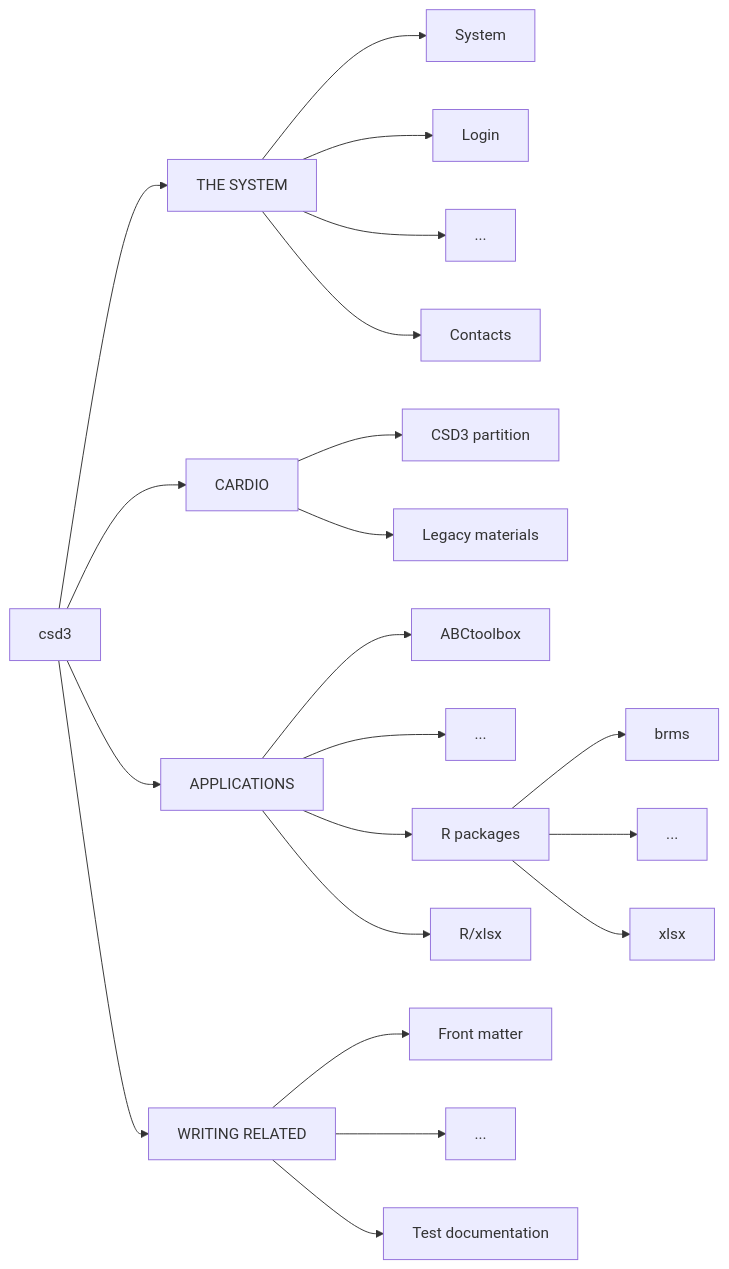
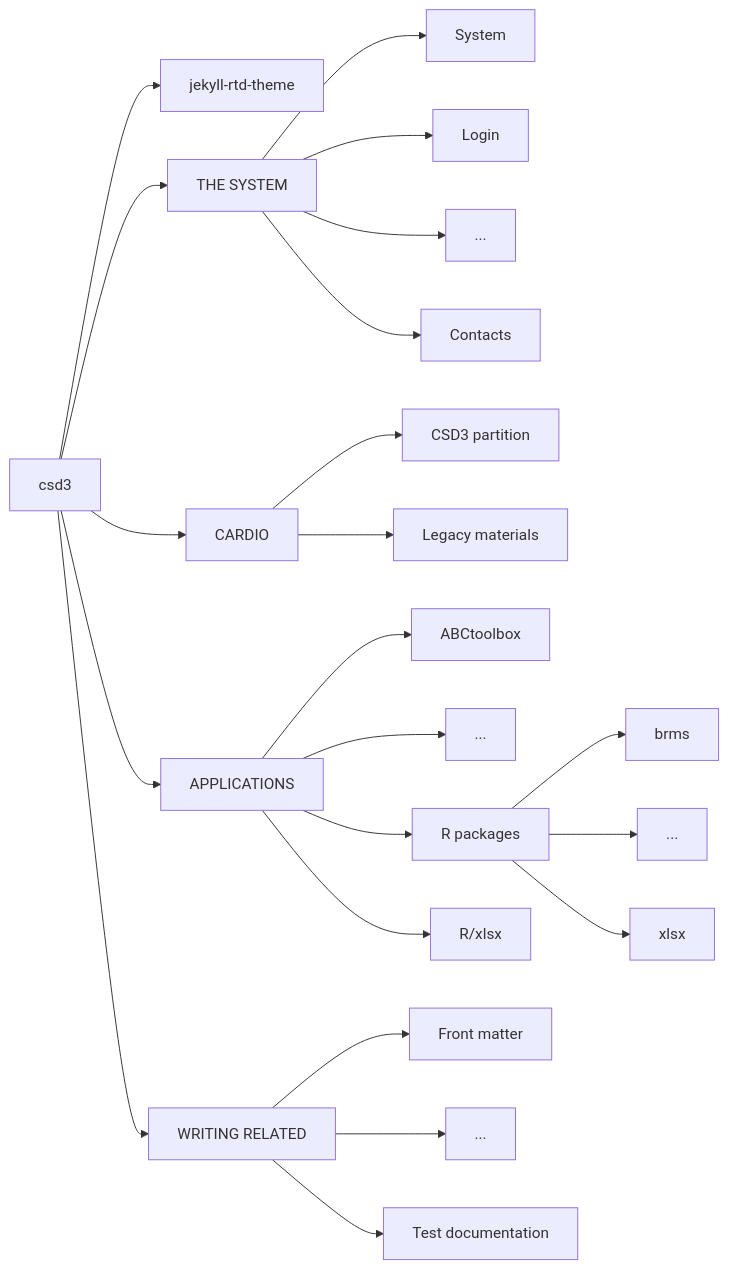
One commit to cambridge-ceu/csd3 changed the diagram in README.md. Above: the diagram before and after it, drawn with Mermaid.

Commit message:
README.md

````diff
--- a/README.md
+++ b/README.md
@@ -10,23 +10,24 @@
 ```mermaid
 graph LR;
+csd3 --> jekyll-rtd-theme
 csd3 --> system["THE SYSTEM"]
 csd3 --> cardio["CARDIO"]
 csd3 --> applications["APPLICATIONS"]
 csd3 --> wr["WRITING RELATED"]
 system --> System
 system --> Login
 system --> sysdot["..."]
 system --> Contacts
 cardio --> cp["CSD3 partition"]
 cardio --> lm["Legacy materials"]
 applications --> ABCtoolbox
 applications --> appdot["..."]
 applications --> R["R packages"]
 R --> brms
 R --> Rdot["..."]
 R --> xlsx
 applications --> R/xlsx
 wr --> fr["Front matter"]
 wr --> wrdot["..."]
 wr --> td["Test documentation"]
 ```
````
